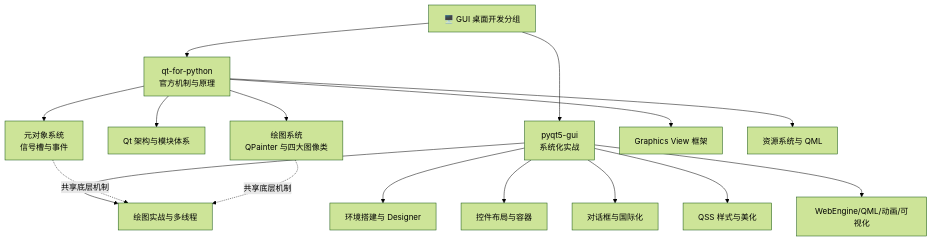
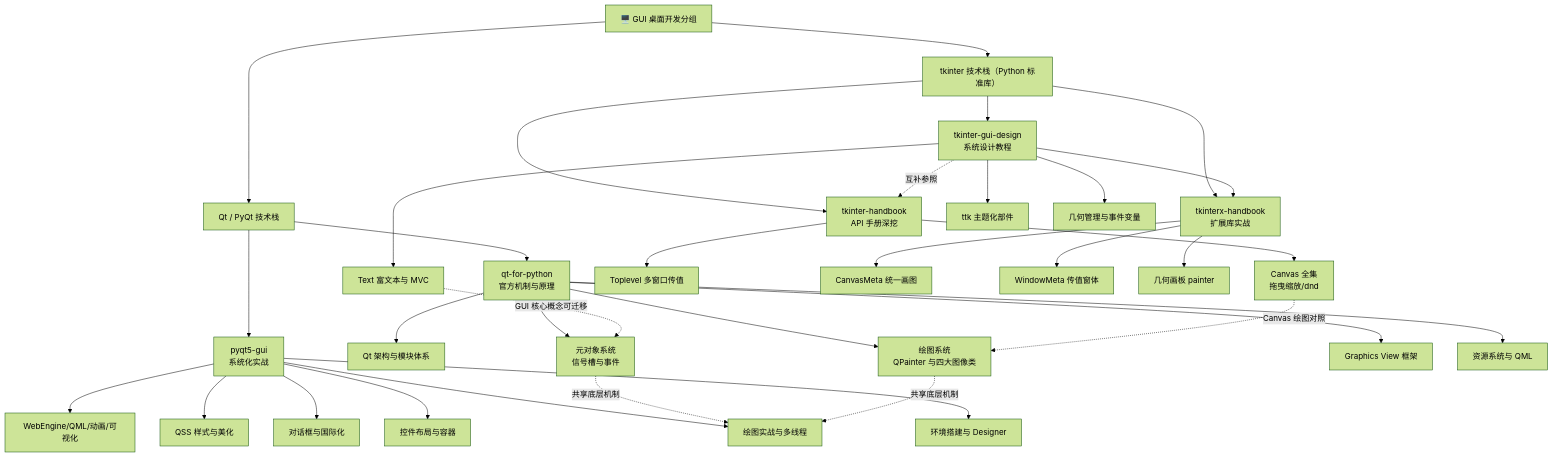
The diagram in doc/bundles/jishu/gui/index.md (awesome-flexloop/awesome-okf), drawn with Mermaid (forest theme) before and after one commit. The commit also changed other lines of this file and 2 other files, not shown here.

First line of the commit message:
chore(bundles): 注册 jishu/gui 分组并门驱动同步三级索引计数

````diff
--- a/doc/bundles/jishu/gui/index.md
+++ b/doc/bundles/jishu/gui/index.md
@@ -32,21 +43,38 @@
 ```mermaid
 flowchart TB
     G["🖥️ GUI 桌面开发分组"]
-    A["qt-for-python<br/>官方机制与原理"]
-    B["pyqt5-gui<br/>系统化实战"]
-    G --> A
-    G --> B
+    Q["Qt / PyQt 技术栈"]
+    T["tkinter 技术栈（Python 标准库）"]
+    G --> Q
+    G --> T
+    Q --> A["qt-for-python<br/>官方机制与原理"]
+    Q --> B["pyqt5-gui<br/>系统化实战"]
     A --> A1["Qt 架构与模块体系"]
     A --> A2["元对象系统<br/>信号槽与事件"]
     A --> A3["绘图系统<br/>QPainter 与四大图像类"]
     A --> A4["Graphics View 框架"]
     A --> A5["资源系统与 QML"]
     B --> B1["环境搭建与 Designer"]
     B --> B2["控件布局与容器"]
     B --> B3["对话框与国际化"]
     B --> B4["QSS 样式与美化"]
     B --> B5["绘图实战与多线程"]
     B --> B6["WebEngine/QML/动画/可视化"]
+    T --> C["tkinter-gui-design<br/>系统设计教程"]
+    T --> D["tkinter-handbook<br/>API 手册深挖"]
+    T --> E["tkinterx-handbook<br/>扩展库实战"]
+    C --> C1["ttk 主题化部件"]
+    C --> C2["几何管理与事件变量"]
+    C --> C3["Text 富文本与 MVC"]
+    D --> D1["Canvas 全集<br/>拖曳缩放/dnd"]
+    D --> D2["Toplevel 多窗口传值"]
+    E --> E1["CanvasMeta 统一画图"]
+    E --> E2["WindowMeta 传值窗体"]
+    E --> E3["几何画板 painter"]
+    C3 -. GUI 核心概念可迁移 .-> A2
+    D1 -. Canvas 绘图对照 .-> A3
     A2 -. 共享底层机制 .-> B5
     A3 -. 共享底层机制 .-> B5
+    C -. 互补参照 .-> D
+    C --> E
 ```
````
